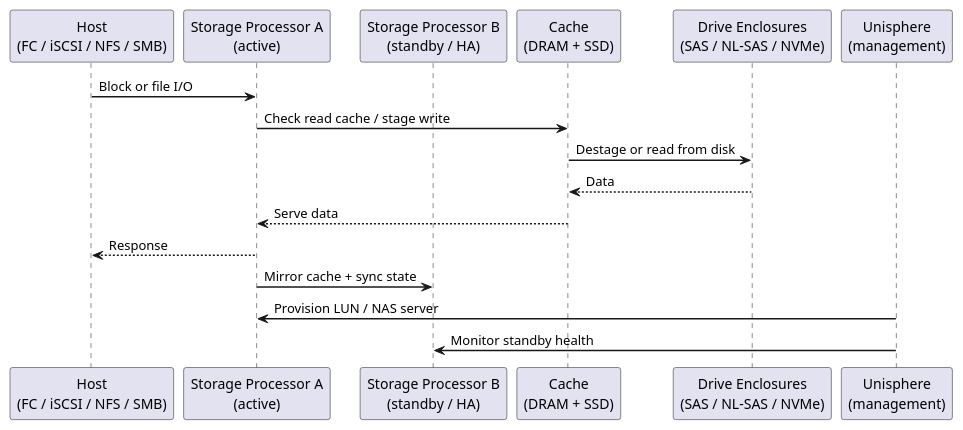
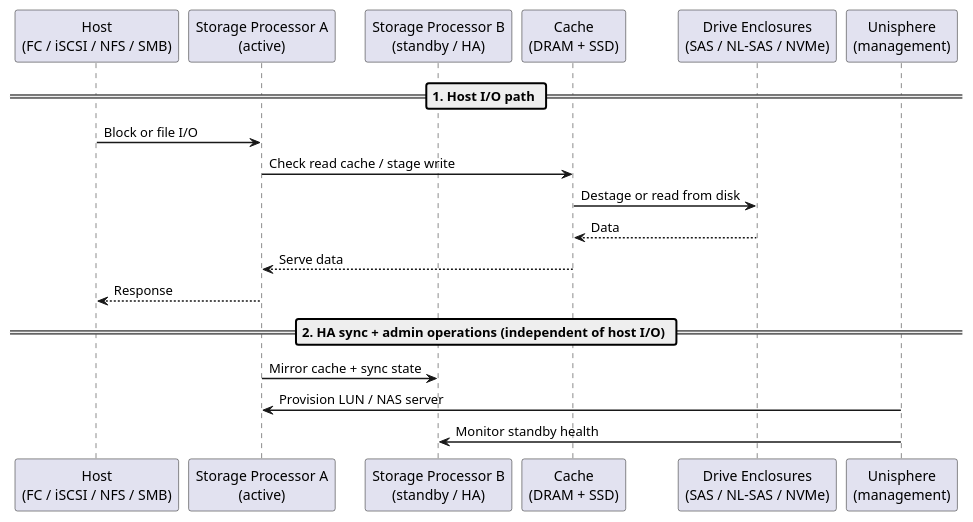
One commit to canast01/chris-kb changed the first of 2 diagrams in docs/storage/products/dell/unity/architecture/how-it-works.md. Above: the diagram before and after it, drawn with PlantUML. The commit also changed 14 other files, not shown here.

First line of the commit message:
Add phase dividers to PlantUML sequence diagrams mixing unrelated flows; fix PowerMax escalation box-vs-footer overlap

````diff
--- a/docs/storage/products/dell/unity/architecture/how-it-works.md
+++ b/docs/storage/products/dell/unity/architecture/how-it-works.md
@@ -16,24 +16,26 @@
 ```plantuml
 @startuml
 skinparam sequenceArrowThickness 1.5
 skinparam roundcorner 5
 
 participant "Host\n(FC / iSCSI / NFS / SMB)" as HOST
 participant "Storage Processor A\n(active)" as SPA
 participant "Storage Processor B\n(standby / HA)" as SPB
 participant "Cache\n(DRAM + SSD)" as CACHE
 participant "Drive Enclosures\n(SAS / NL-SAS / NVMe)" as DISK
 participant "Unisphere\n(management)" as UI
 
+== 1. Host I/O path ==
 HOST -> SPA: Block or file I/O
 SPA -> CACHE: Check read cache / stage write
 CACHE -> DISK: Destage or read from disk
 DISK --> CACHE: Data
 CACHE --> SPA: Serve data
 SPA --> HOST: Response
 
+== 2. HA sync + admin operations (independent of host I/O) ==
 SPA -> SPB: Mirror cache + sync state
 UI -> SPA: Provision LUN / NAS server
 UI -> SPB: Monitor standby health
 @enduml
 ```
````
